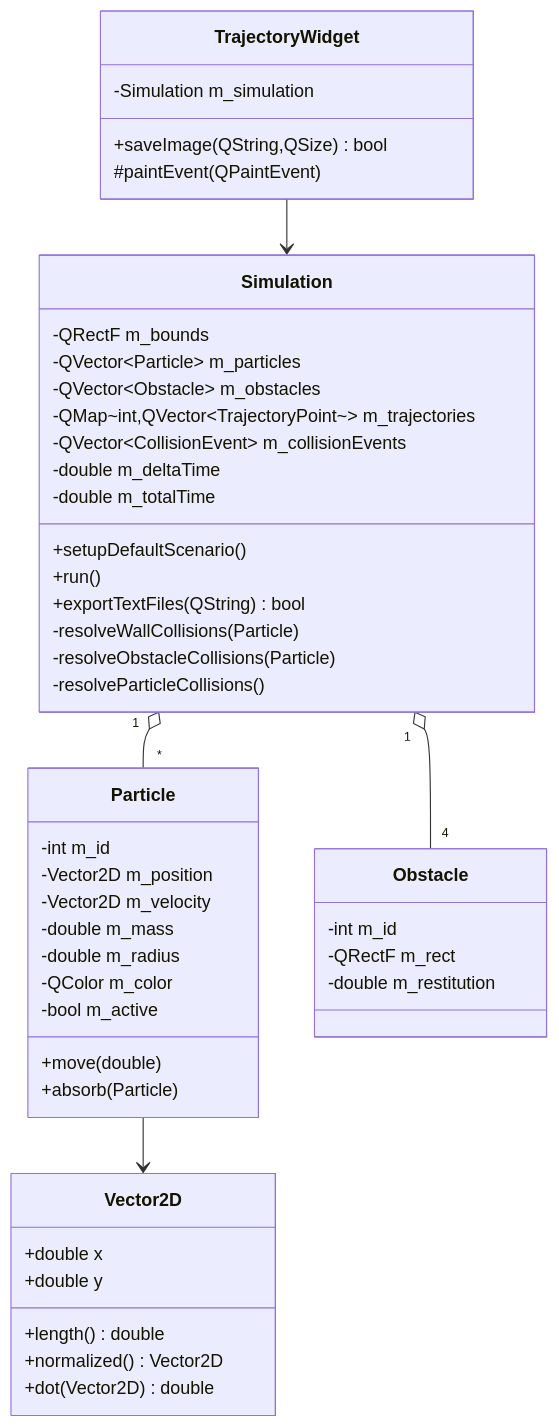
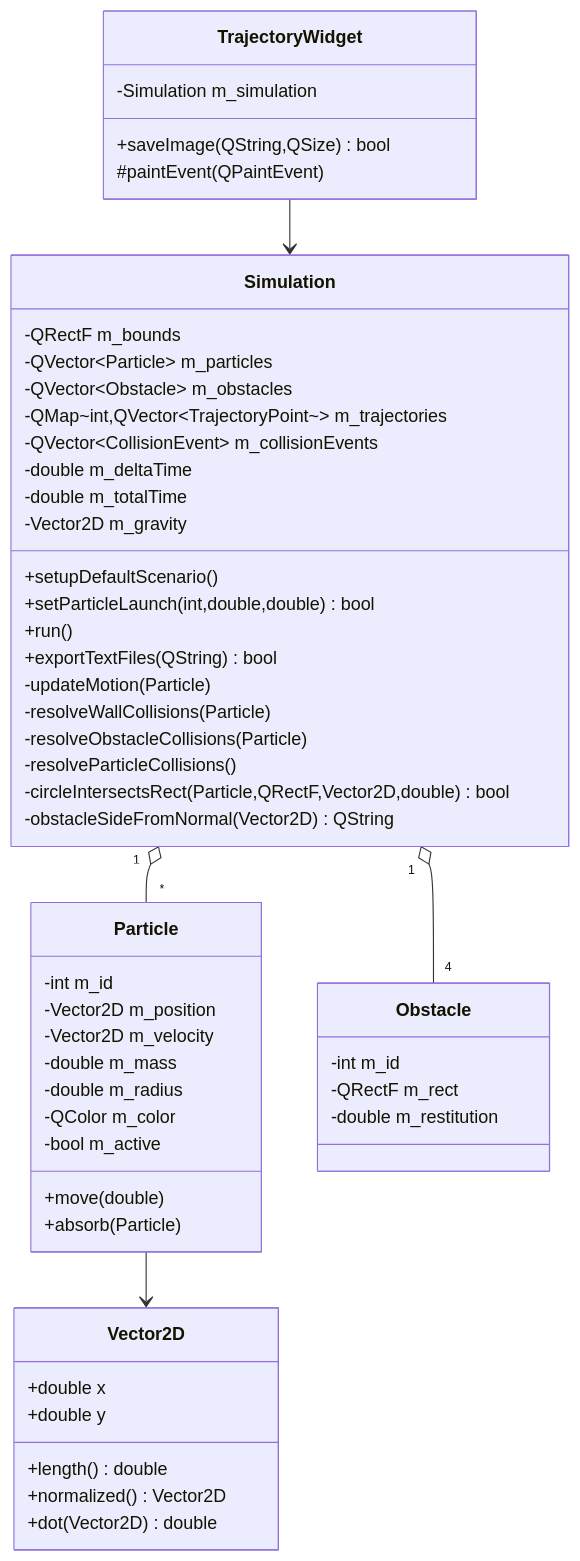
One commit to josemanuelposada-collab/practica5-1 changed the diagram in DIAGRAMA_CLASES.md. Above: the diagram before and after it, drawn with Mermaid. The commit also changed 6 other files, not shown here.

````diff
--- a/DIAGRAMA_CLASES.md
+++ b/DIAGRAMA_CLASES.md
@@ -3,55 +3,60 @@
 ```mermaid
 classDiagram
     class Vector2D {
         +double x
         +double y
         +length() double
         +normalized() Vector2D
         +dot(Vector2D) double
     }
 
     class Particle {
         -int m_id
         -Vector2D m_position
         -Vector2D m_velocity
         -double m_mass
         -double m_radius
         -QColor m_color
         -bool m_active
         +move(double)
         +absorb(Particle)
     }
 
     class Obstacle {
         -int m_id
         -QRectF m_rect
         -double m_restitution
     }
 
     class Simulation {
         -QRectF m_bounds
         -QVector~Particle~ m_particles
         -QVector~Obstacle~ m_obstacles
         -QMap~int,QVector~TrajectoryPoint~~ m_trajectories
         -QVector~CollisionEvent~ m_collisionEvents
         -double m_deltaTime
         -double m_totalTime
+        -Vector2D m_gravity
         +setupDefaultScenario()
+        +setParticleLaunch(int,double,double) bool
         +run()
         +exportTextFiles(QString) bool
+        -updateMotion(Particle)
         -resolveWallCollisions(Particle)
         -resolveObstacleCollisions(Particle)
         -resolveParticleCollisions()
+        -circleIntersectsRect(Particle,QRectF,Vector2D,double) bool
+        -obstacleSideFromNormal(Vector2D) QString
     }
 
     class TrajectoryWidget {
         -Simulation m_simulation
         +saveImage(QString,QSize) bool
         #paintEvent(QPaintEvent)
     }
 
     Simulation "1" o-- "*" Particle
     Simulation "1" o-- "4" Obstacle
     Particle --> Vector2D
     TrajectoryWidget --> Simulation
 ```
````
